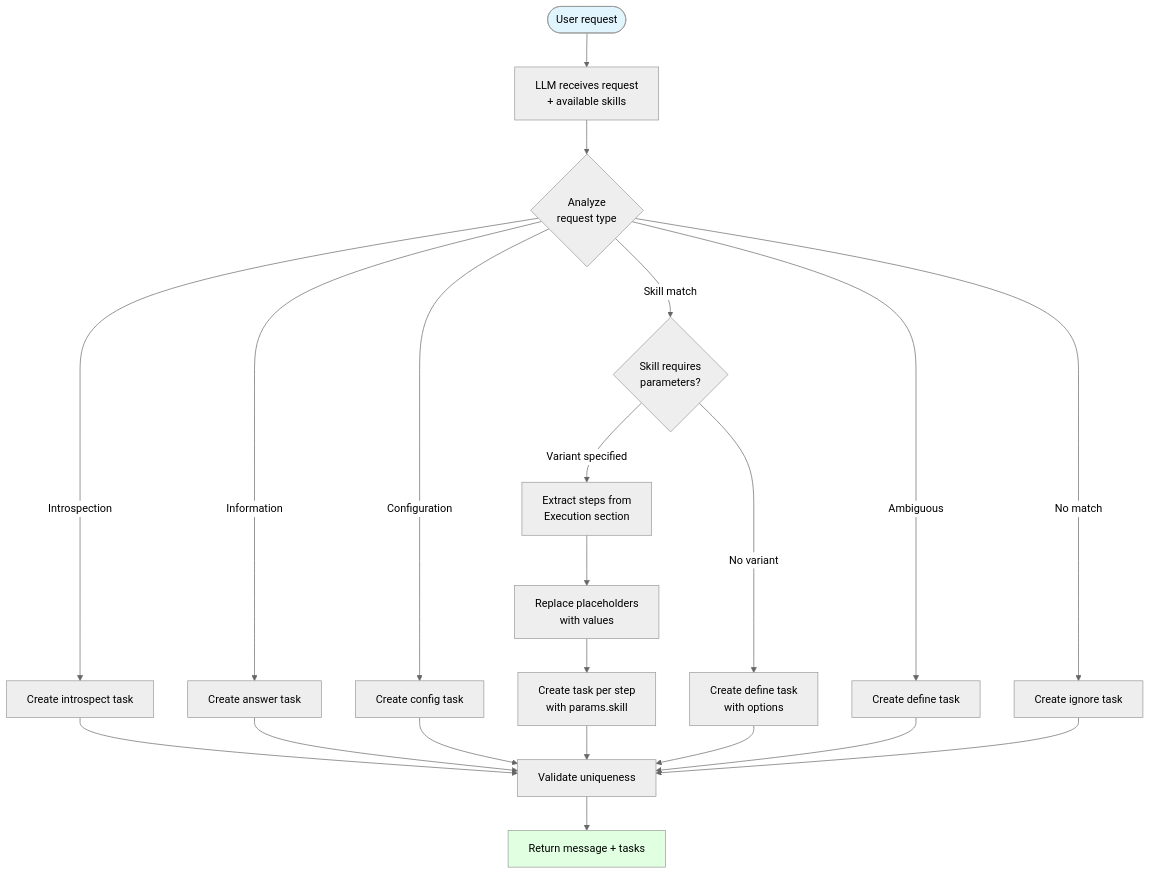
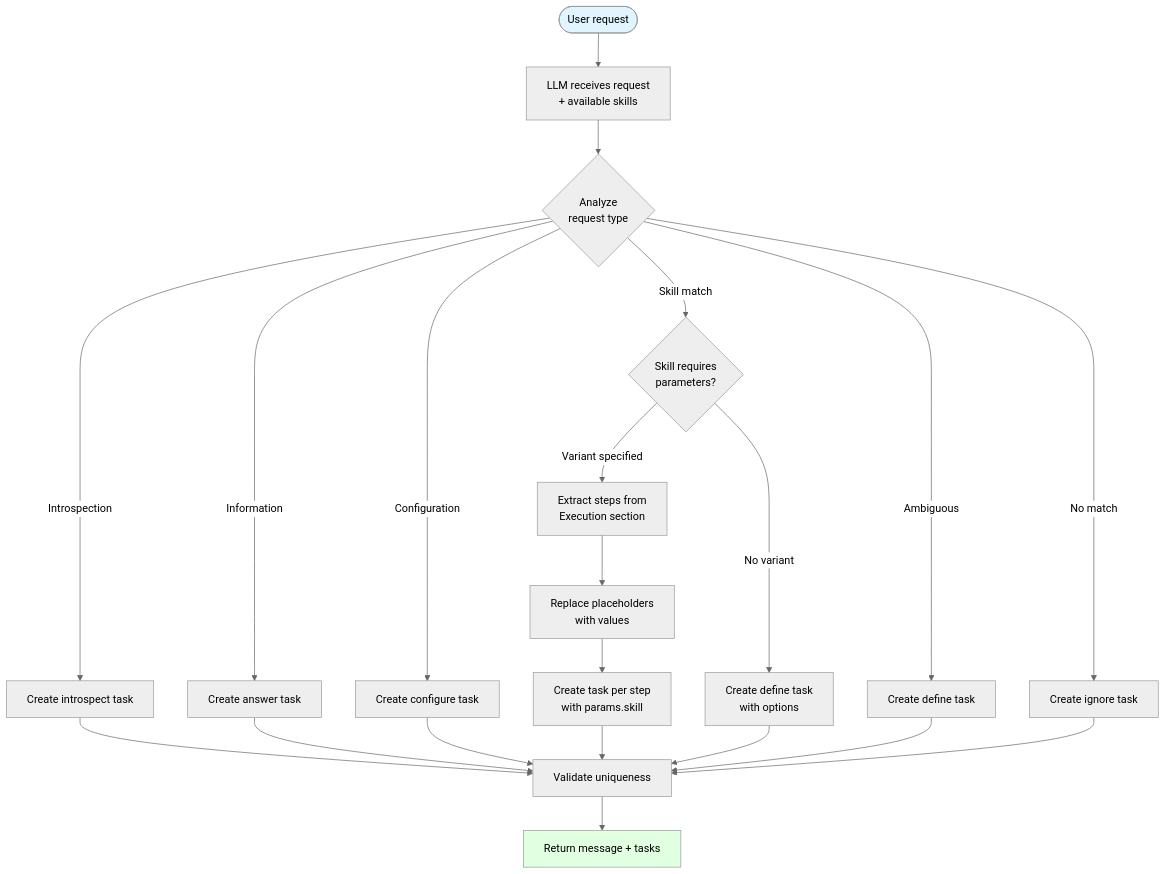
The third of 18 diagrams in FLOWS.md (aswitalski/pls), drawn with Mermaid (neutral theme) before and after one commit. The commit also changed other lines of this file and 2 other files, not shown here.

Commit message:
Update flow documentation to reflect codebase

````diff
--- a/FLOWS.md
+++ b/FLOWS.md
@@ -147,31 +147,31 @@
 ```mermaid
 flowchart TD
     Start([User request]) --> ReceiveReq[LLM receives request<br/>+ available skills]
     ReceiveReq --> Analyze{Analyze<br/>request type}
 
     Analyze -->|Introspection| CreateIntrospect[Create introspect task]
     Analyze -->|Information| CreateAnswer[Create answer task]
-    Analyze -->|Configuration| CreateConfig[Create config task]
+    Analyze -->|Configuration| CreateConfig[Create configure task]
     Analyze -->|Skill match| CheckSkill{Skill requires<br/>parameters?}
     Analyze -->|Ambiguous| CreateDefine[Create define task]
     Analyze -->|No match| CreateIgnore[Create ignore task]
 
     CheckSkill -->|Variant specified| ExtractSteps[Extract steps from<br/>Execution section]
     CheckSkill -->|No variant| CreateDefineOpts[Create define task<br/>with options]
 
     ExtractSteps --> ReplacePlaceholders[Replace placeholders<br/>with values]
     ReplacePlaceholders --> CreateTasks[Create task per step<br/>with params.skill]
 
     CreateIntrospect --> Validate
     CreateAnswer --> Validate
     CreateConfig --> Validate
     CreateTasks --> Validate
     CreateDefineOpts --> Validate
     CreateDefine --> Validate
     CreateIgnore --> Validate
 
     Validate[Validate uniqueness] --> Return[Return message + tasks]
 
     style Start fill:#e1f5ff
     style Return fill:#e1ffe1
 ```
````
